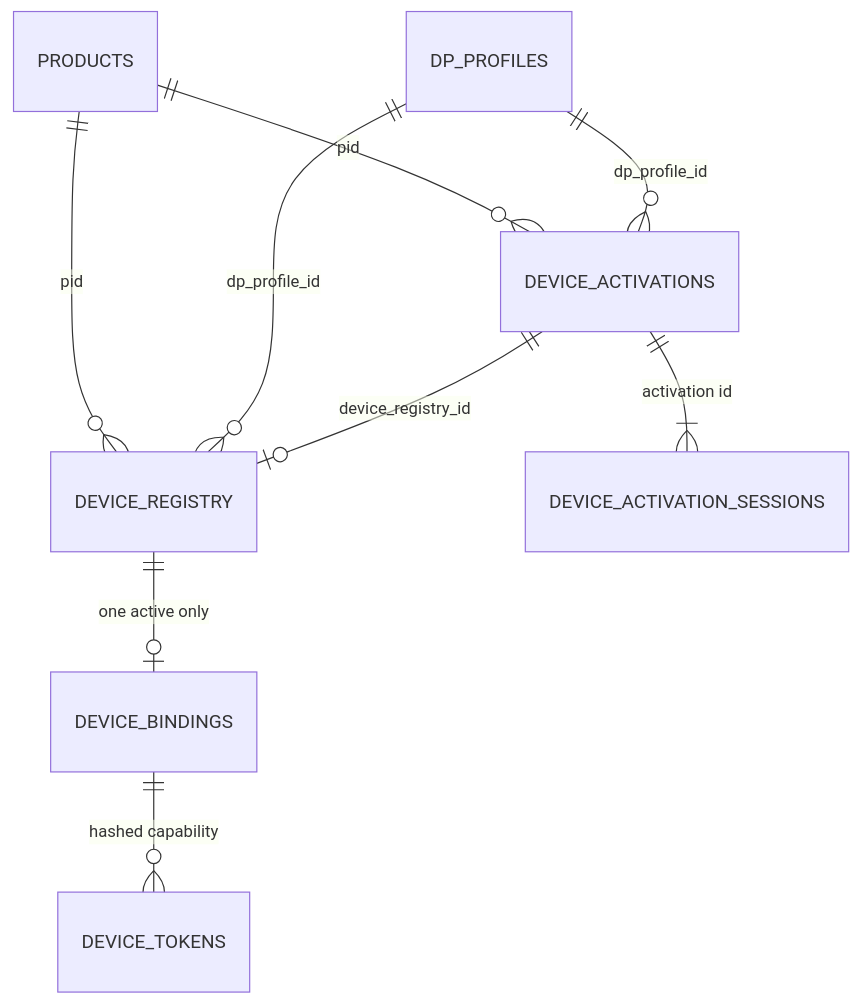
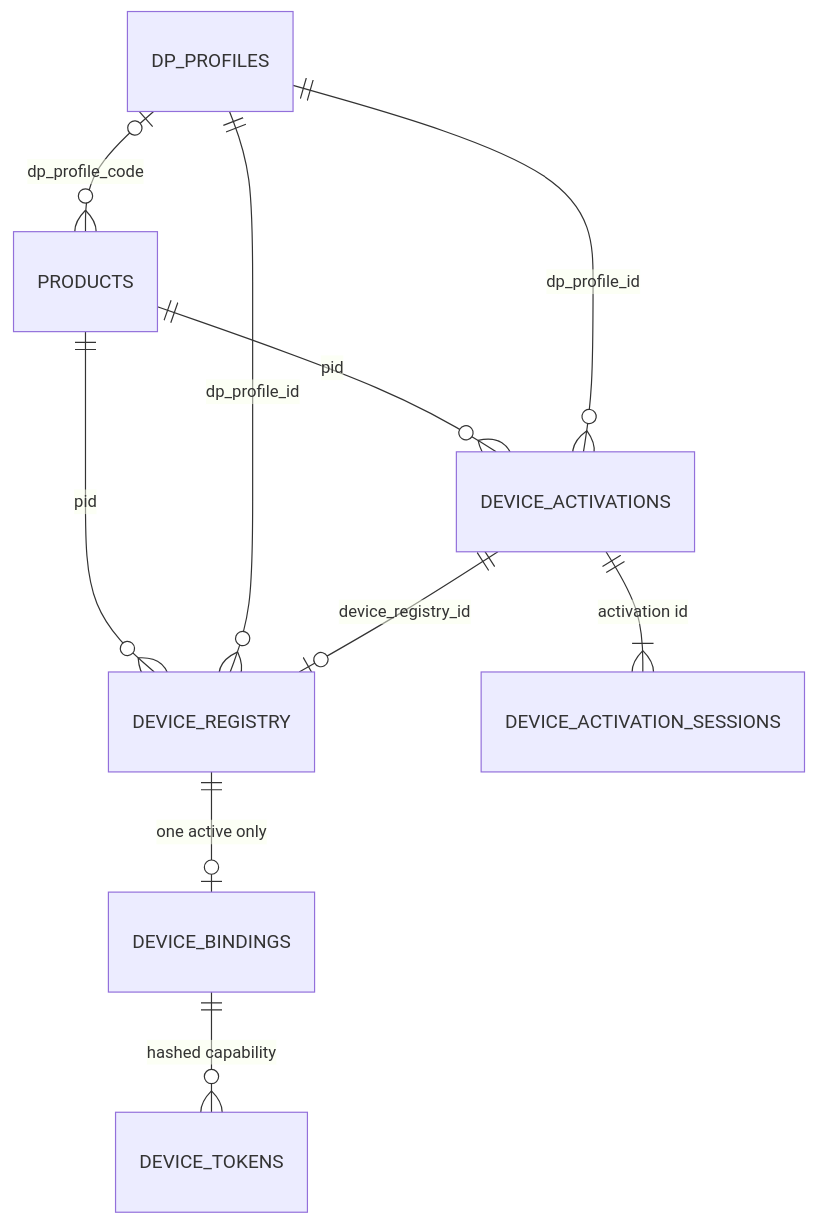
One commit to iolucasluo/aws-iot-gateway changed the second of 3 diagrams in docs/flows/设备登记与激活流程.md. Above: the diagram before and after it, drawn with Mermaid. The commit also changed other lines of this file and 50 other files, not shown here.

````diff
--- a/docs/flows/设备登记与激活流程.md
+++ b/docs/flows/设备登记与激活流程.md
@@ -77,11 +77,12 @@
 ```mermaid
 erDiagram
     PRODUCTS ||--o{ DEVICE_ACTIVATIONS : "pid"
     PRODUCTS ||--o{ DEVICE_REGISTRY : "pid"
+    DP_PROFILES |o--o{ PRODUCTS : "dp_profile_code"
     DP_PROFILES ||--o{ DEVICE_ACTIVATIONS : "dp_profile_id"
     DP_PROFILES ||--o{ DEVICE_REGISTRY : "dp_profile_id"
     DEVICE_ACTIVATIONS ||--o| DEVICE_REGISTRY : "device_registry_id"
     DEVICE_ACTIVATIONS ||--|{ DEVICE_ACTIVATION_SESSIONS : "activation id"
     DEVICE_REGISTRY ||--o| DEVICE_BINDINGS : "one active only"
     DEVICE_BINDINGS ||--o{ DEVICE_TOKENS : "hashed capability"
 ```
````
